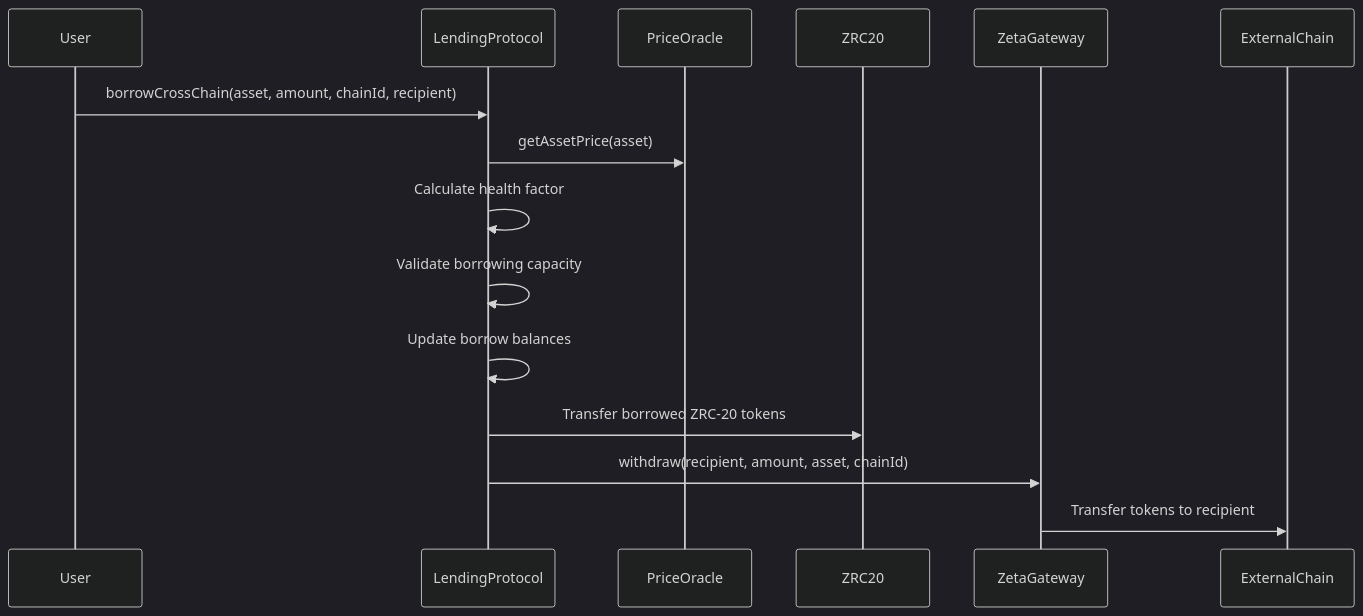
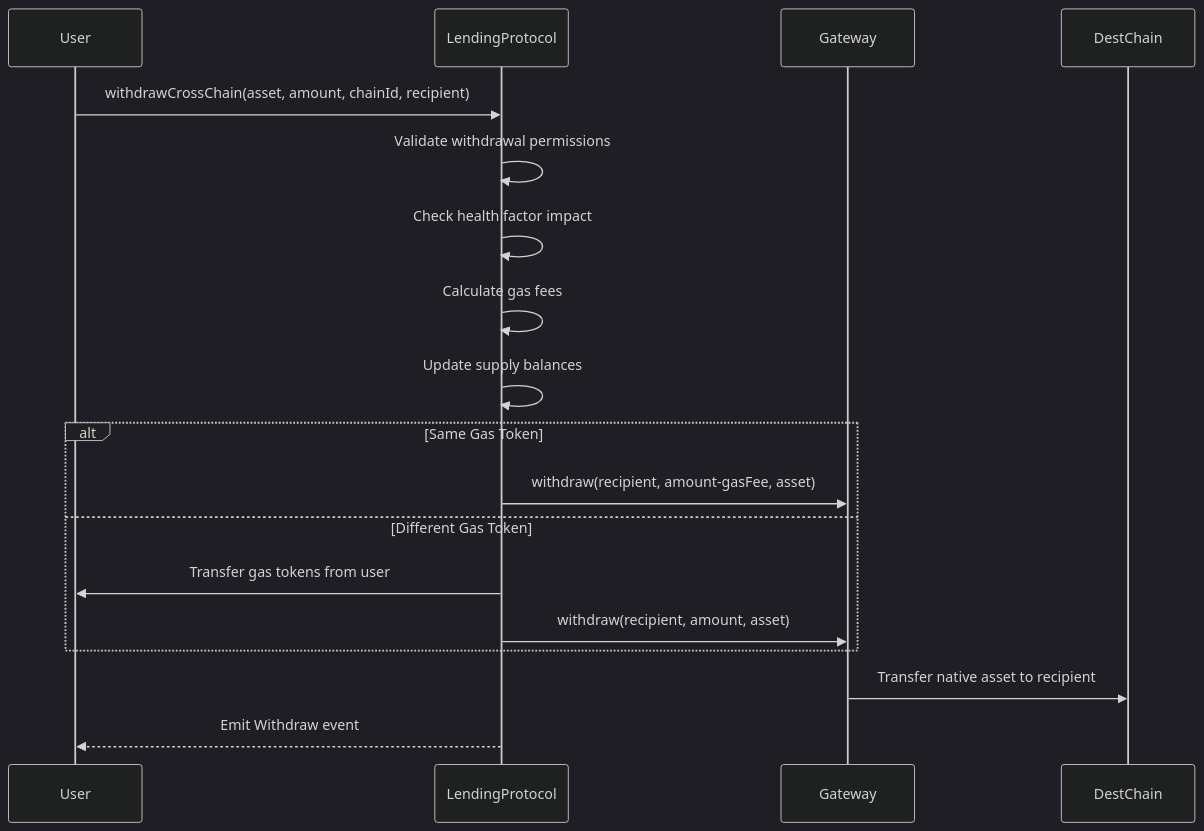
The fourth of 4 diagrams in lending-zeta/CROSS-CHAIN-LENDING.md (0xnicholasy/zeta-hackathon), drawn with Mermaid (dark theme) before and after one commit. The commit also changed other lines of this file and 11 other files, not shown here.

````diff
--- a/lending-zeta/CROSS-CHAIN-LENDING.md
+++ b/lending-zeta/CROSS-CHAIN-LENDING.md
@@ -171,18 +148,23 @@
 ```mermaid
 sequenceDiagram
     participant User
     participant LendingProtocol
-    participant PriceOracle
-    participant ZRC20
-    participant ZetaGateway
-    participant ExternalChain
+    participant Gateway
+    participant DestChain
     
-    User->>LendingProtocol: borrowCrossChain(asset, amount, chainId, recipient)
-    LendingProtocol->>PriceOracle: getAssetPrice(asset)
-    LendingProtocol->>LendingProtocol: Calculate health factor
-    LendingProtocol->>LendingProtocol: Validate borrowing capacity
-    LendingProtocol->>LendingProtocol: Update borrow balances
-    LendingProtocol->>ZRC20: Transfer borrowed ZRC-20 tokens
-    LendingProtocol->>ZetaGateway: withdraw(recipient, amount, asset, chainId)
-    ZetaGateway->>ExternalChain: Transfer tokens to recipient
+    User->>LendingProtocol: withdrawCrossChain(asset, amount, chainId, recipient)
+    LendingProtocol->>LendingProtocol: Validate withdrawal permissions
+    LendingProtocol->>LendingProtocol: Check health factor impact
+    LendingProtocol->>LendingProtocol: Calculate gas fees
+    LendingProtocol->>LendingProtocol: Update supply balances
+    
+    alt Same Gas Token
+        LendingProtocol->>Gateway: withdraw(recipient, amount-gasFee, asset)
+    else Different Gas Token
+        LendingProtocol->>User: Transfer gas tokens from user
+        LendingProtocol->>Gateway: withdraw(recipient, amount, asset)
+    end
+    
+    Gateway->>DestChain: Transfer native asset to recipient
+    LendingProtocol-->>User: Emit Withdraw event
 ```
````
